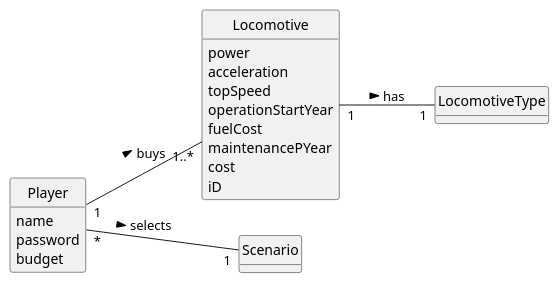
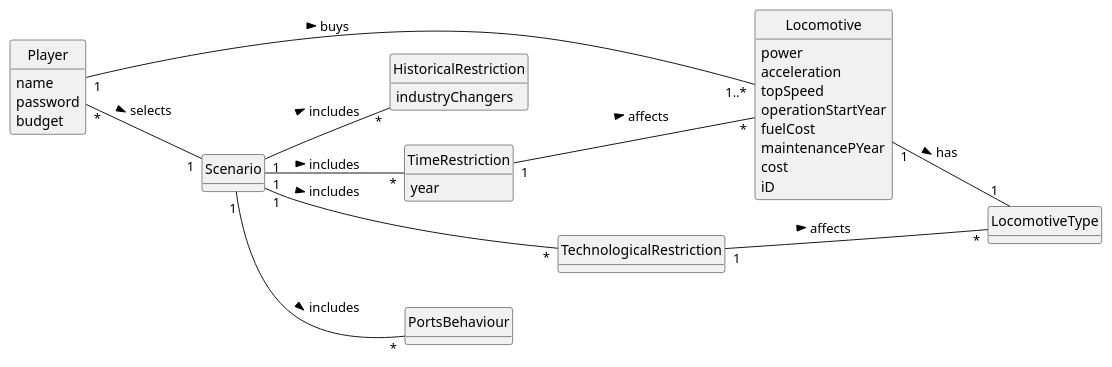
Before and after one commit to 1240935/pi2-railway-simulator: the diagram in Sprint2/US009/02.analysis/puml/US009-DM.puml, drawn with PlantUML. The commit also changed 9 other files, not shown here.

```diff
--- a/Sprint2/US009/02.analysis/puml/US009-DM.puml
+++ b/Sprint2/US009/02.analysis/puml/US009-DM.puml
@@ -1,43 +1,64 @@
 @startuml
 skinparam monochrome true
 skinparam packageStyle rectangle
 skinparam shadowing false
 'skinparam linetype ortho
 'left to right direction
 skinparam classAttributeIconSize 0
 hide circle
 hide methods
 
 left to right direction
 
 class Locomotive {
     power
     acceleration
     topSpeed
     operationStartYear
     fuelCost
     maintenancePYear
     cost
     iD
 }
 
 class LocomotiveType{
 }
 
 class Player {
     name
     password
     budget
 }
 
 
 class Scenario {
 }
 
+class HistoricalRestriction{
+    industryChangers
+}
+
+class TimeRestriction{
+    year
+}
+
+class TechnologicalRestriction{
+}
+
+class PortsBehaviour{
+}
+
+
 Player "*" -- "1" Scenario : selects >
 Player "1" -- "1..*" Locomotive: buys  >
 Locomotive "1" -- "1" LocomotiveType: has >
+Scenario "1" -- "*" HistoricalRestriction: includes >
+Scenario "1" -- "*" TechnologicalRestriction: includes >
+Scenario "1" -- "*" TimeRestriction: includes >
+Scenario "1" -- "*" PortsBehaviour: includes >
+TimeRestriction "1" -- "*" Locomotive: affects >
+TechnologicalRestriction "1" -- "*" LocomotiveType: affects >
 
 
 
 @enduml
```
